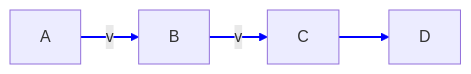
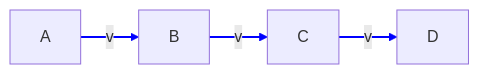
One commit to Rick-Anderson/Report changed the diagram in midX.md. Above: the diagram before and after it, drawn with Mermaid.

````diff
--- a/midX.md
+++ b/midX.md
@@ -1,10 +1,10 @@
 ```mermaid
 graph LR;
         A--v-->B[B]
         B-->|v|C[C]
-         C-->D[D];
+         C-->|v|D[D];
 
         linkStyle 0 stroke-width:2px,fill:none,stroke:blue;
         linkStyle 1 stroke-width:2px,fill:none,stroke:blue;
         linkStyle 2 stroke-width:2px,fill:none,stroke:blue;
 ```
````
